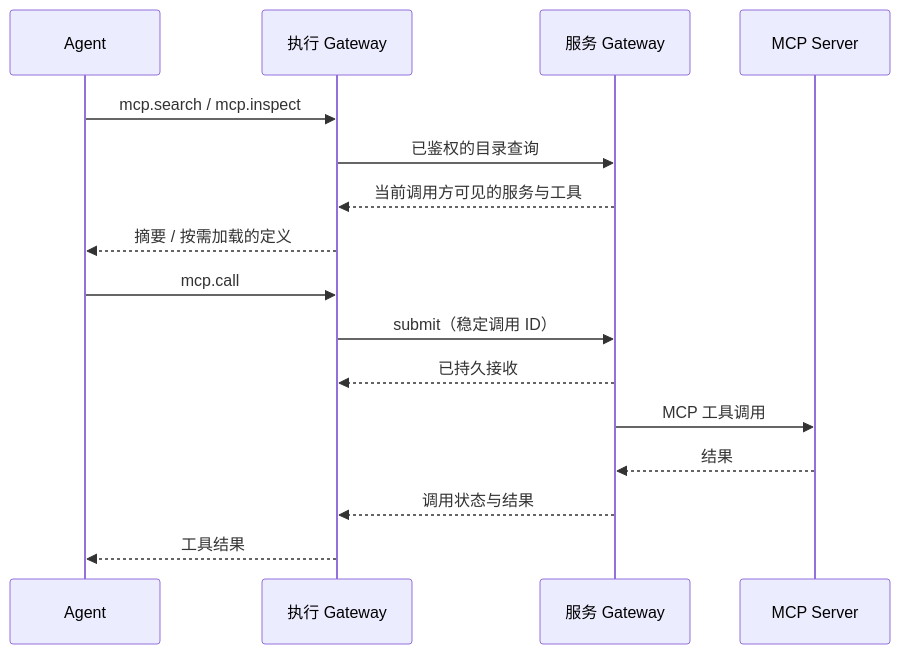
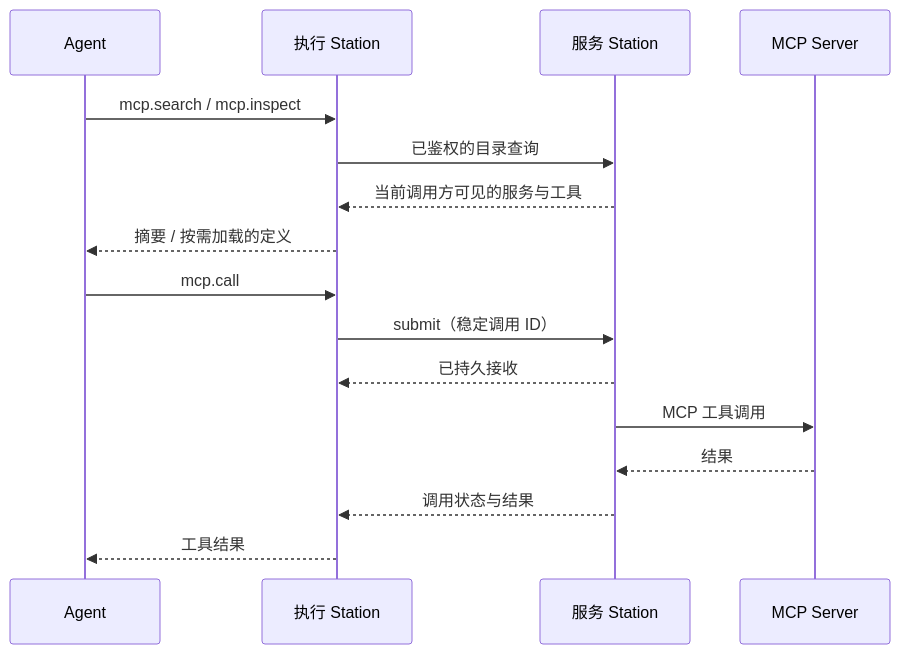
The diagram in docs/mesh-mcp.md (HOOLC/open-worker), drawn with Mermaid before and after one commit. The commit also changed other lines of this file and 195 other files, not shown here.

Commit message:
Rename Gateway to Station and refresh Zork project identity

````diff
--- a/docs/mesh-mcp.md
+++ b/docs/mesh-mcp.md
@@ -114,18 +114,18 @@
 ```mermaid
 sequenceDiagram
     participant A as Agent
-    participant G as 执行 Gateway
-    participant H as 服务 Gateway
+    participant G as 执行 Station
+    participant H as 服务 Station
     participant M as MCP Server
     A->>G: mcp.search / mcp.inspect
     G->>H: 已鉴权的目录查询
     H-->>G: 当前调用方可见的服务与工具
     G-->>A: 摘要 / 按需加载的定义
     A->>G: mcp.call
     G->>H: submit（稳定调用 ID）
     H-->>G: 已持久接收
     H->>M: MCP 工具调用
     M-->>H: 结果
     H-->>G: 调用状态与结果
     G-->>A: 工具结果
 ```
````
